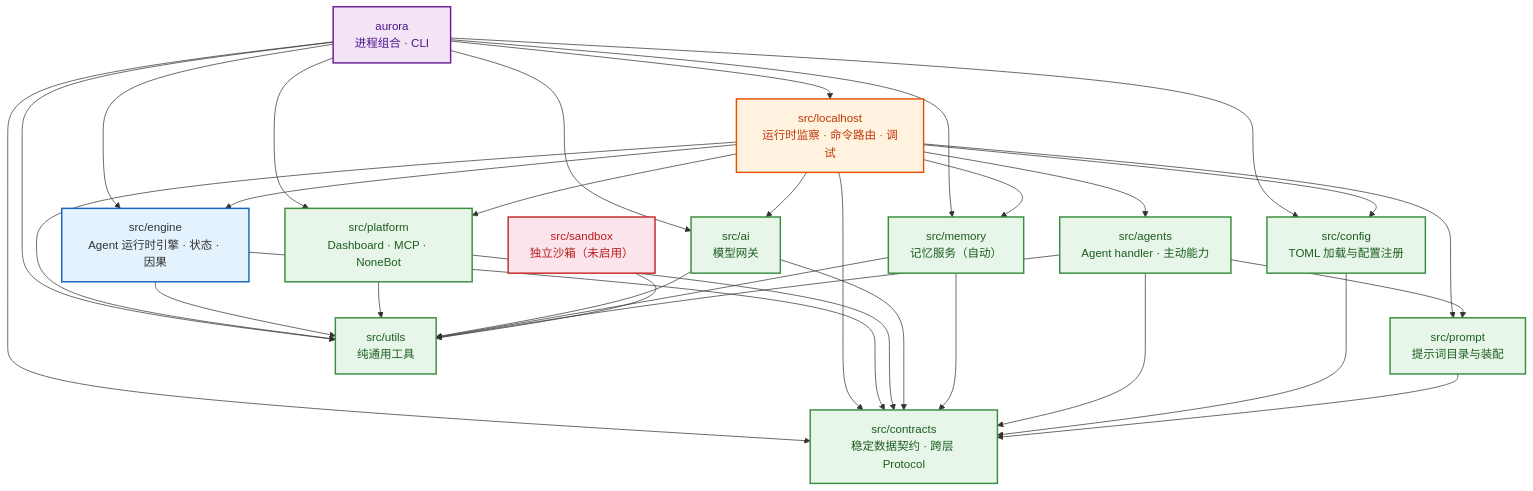
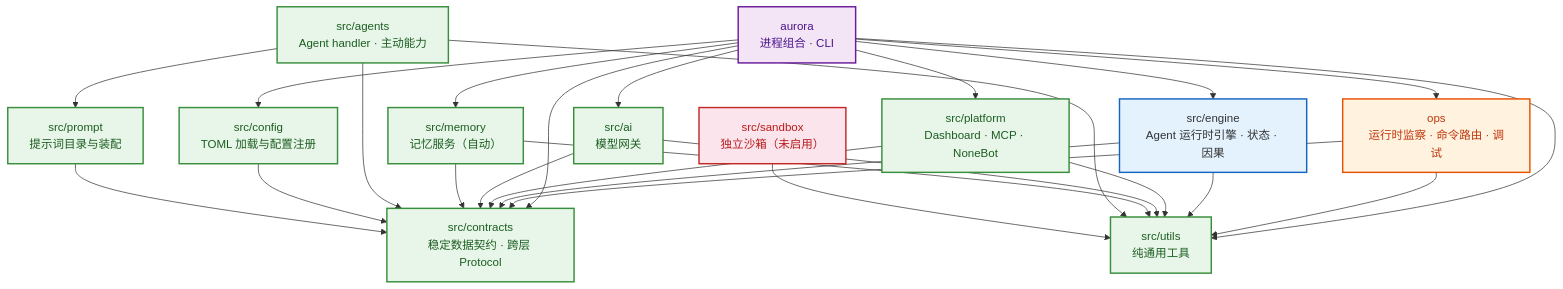
The diagram in ARCHITECTURE.md (AuroraBot-Dev/AuroraBot), drawn with Mermaid before and after one commit. The commit also changed other lines of this file and 13 other files, not shown here.

First line of the commit message:
Refactor architecture to replace `localhost` with `ops` as the runtime inspection sidecar

````diff
--- a/ARCHITECTURE.md
+++ b/ARCHITECTURE.md
@@ -112,67 +112,60 @@
 ```mermaid
 graph TD
     aurora["aurora<br/>进程组合 · CLI"]
-    localhost["src/localhost<br/>运行时监察 · 命令路由 · 调试"]
+    ops["ops<br/>运行时监察 · 命令路由 · 调试"]
     engine["src/engine<br/>Agent 运行时引擎 · 状态 · 因果"]
     platform["src/platform<br/>Dashboard · MCP · NoneBot"]
     ai["src/ai<br/>模型网关"]
     memory["src/memory<br/>记忆服务（自动）"]
     agents["src/agents<br/>Agent handler · 主动能力"]
     config["src/config<br/>TOML 加载与配置注册"]
     prompt["src/prompt<br/>提示词目录与装配"]
     contracts["src/contracts<br/>稳定数据契约 · 跨层 Protocol"]
     utils["src/utils<br/>纯通用工具"]
     sandbox["src/sandbox<br/>独立沙箱（未启用）"]
 
     aurora --> engine
-    aurora --> localhost
+    aurora --> ops
     aurora --> platform
     aurora --> ai
     aurora --> memory
     aurora --> config
     aurora --> contracts
     aurora --> utils
 
-    localhost --> engine
-    localhost --> platform
-    localhost --> ai
-    localhost --> memory
-    localhost --> agents
-    localhost --> config
-    localhost --> prompt
-    localhost --> contracts
-    localhost --> utils
+    ops --> contracts
+    ops --> utils
 
     engine --> contracts
     engine --> utils
 
     platform --> contracts
     platform --> utils
 
     ai --> contracts
     ai --> utils
 
     memory --> contracts
     memory --> utils
 
     agents --> prompt
     agents --> contracts
     agents --> utils
 
     config --> contracts
 
     prompt --> contracts
 
     sandbox --> utils
 
     classDef leaf fill:#e8f5e9,stroke:#388e3c,stroke-width:2px,color:#1b5e20
     classDef engine fill:#e3f2fd,stroke:#1565c0,stroke-width:2px,color:#0d47 a1
     classDef proc fill:#f3e5f5,stroke:#6a1b9a,stroke-width:2px,color:#4a148c
     classDef inspect fill:#fff3e0,stroke:#e65100,stroke-width:2px,color:#bf360c
     classDef iso fill:#fce4ec,stroke:#c62828,stroke-width:2px,color:#b71c1c
     class contracts,prompt,config,memory,ai,agents,platform,utils leaf
     class engine engine
     class aurora proc
-    class localhost inspect
+    class ops inspect
     class sandbox iso
 ```
````
